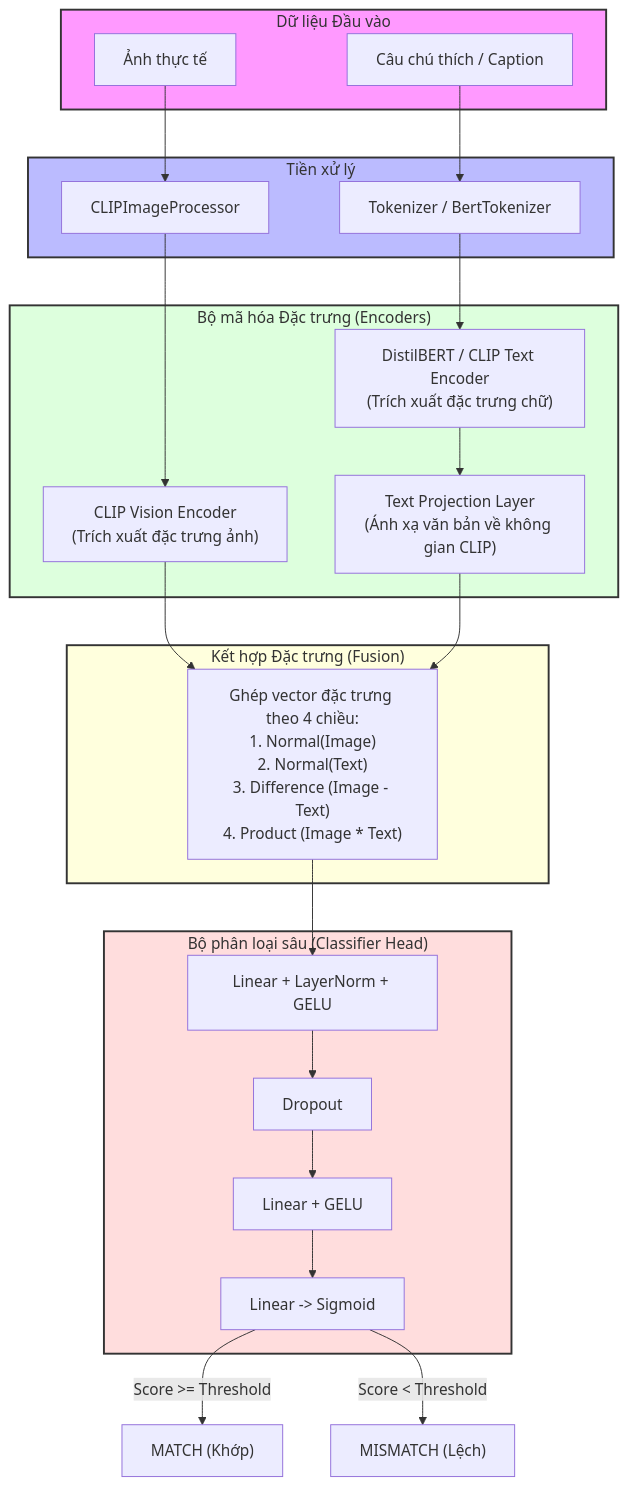
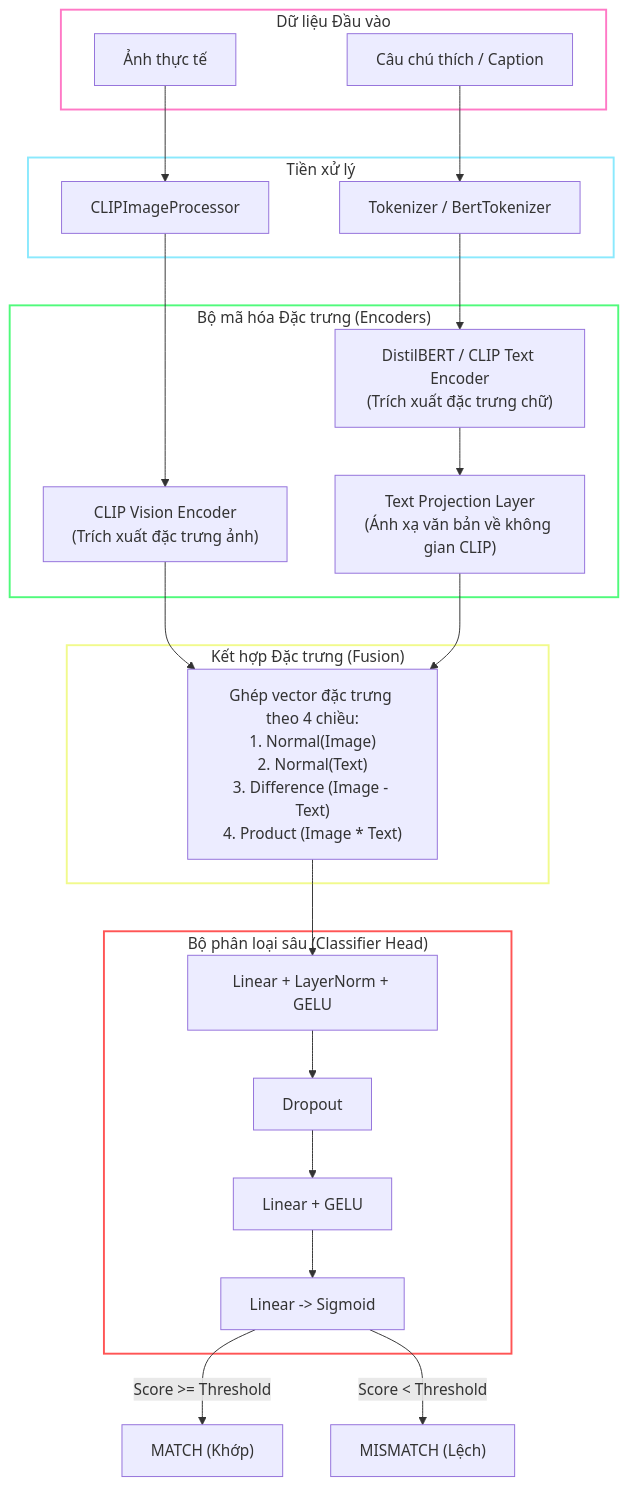
Before and after one commit to Shiro-Oni-2265/Image-Text-Mismatch-Detection-: the diagram in README.md, drawn with Mermaid.

Commit message:
Improve Mermaid flowchart styling in README.md for better contrast in GitHub Dark/Light modes

````diff
--- a/README.md
+++ b/README.md
@@ -12,53 +12,53 @@
 ```mermaid
 graph TD
     %% Khai báo dữ liệu đầu vào
     subgraph Input [" Dữ liệu Đầu vào "]
         Img[Ảnh thực tế]
         Txt[Câu chú thích / Caption]
     end
 
     %% Bộ tiền xử lý
     subgraph Preprocessing [" Tiền xử lý "]
         ImgProc[CLIPImageProcessor]
         Tok[Tokenizer / BertTokenizer]
     end
 
     %% Mạng Backbone
     subgraph Backbones [" Bộ mã hóa Đặc trưng (Encoders) "]
         VisionEnc["CLIP Vision Encoder<br>(Trích xuất đặc trưng ảnh)"]
         TextEnc["DistilBERT / CLIP Text Encoder<br>(Trích xuất đặc trưng chữ)"]
         DenseProj["Text Projection Layer<br>(Ánh xạ văn bản về không gian CLIP)"]
     end
 
     %% Kết hợp đặc trưng
     subgraph FeatureFusion [" Kết hợp Đặc trưng (Fusion) "]
         Combine["Ghép vector đặc trưng theo 4 chiều:<br>1. Normal(Image)<br>2. Normal(Text)<br>3. Difference (Image - Text)<br>4. Product (Image * Text)"]
     end
 
     %% Phân loại đầu ra
     subgraph Classifier [" Bộ phân loại sâu (Classifier Head) "]
         Linear1[Linear + LayerNorm + GELU]
         Drop[Dropout]
         Linear2[Linear + GELU]
         Out[Linear -> Sigmoid]
     end
 
     %% Luồng kết nối
     Img --> ImgProc --> VisionEnc
     Txt --> Tok --> TextEnc --> DenseProj
     
     VisionEnc --> Combine
     DenseProj --> Combine
     
     Combine --> Linear1 --> Drop --> Linear2 --> Out
     
     Out -->|Score >= Threshold| Match["MATCH (Khớp)"]
     Out -->|Score < Threshold| Mismatch["MISMATCH (Lệch)"]
 
-    %% Định dạng CSS cho biểu đồ
-    style Input fill:#f9f,stroke:#333,stroke-width:2px
-    style Preprocessing fill:#bbf,stroke:#333,stroke-width:2px
-    style Backbones fill:#dfd,stroke:#333,stroke-width:2px
-    style FeatureFusion fill:#ffd,stroke:#333,stroke-width:2px
-    style Classifier fill:#fdd,stroke:#333,stroke-width:2px
+    %% Định dạng CSS cho biểu đồ - Sử dụng stroke viền neon và fill:none (nền trong suốt) để tự động tương thích và hiển thị rõ nét trên cả giao diện Sáng/Tối của GitHub
+    style Input fill:none,stroke:#ff79c6,stroke-width:2px
+    style Preprocessing fill:none,stroke:#8be9fd,stroke-width:2px
+    style Backbones fill:none,stroke:#50fa7b,stroke-width:2px
+    style FeatureFusion fill:none,stroke:#f1fa8c,stroke-width:2px
+    style Classifier fill:none,stroke:#ff5555,stroke-width:2px
 ```
````
